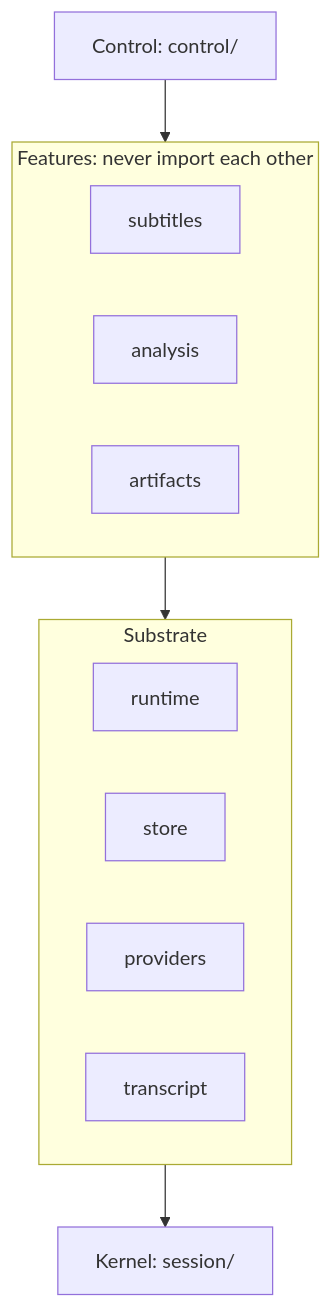
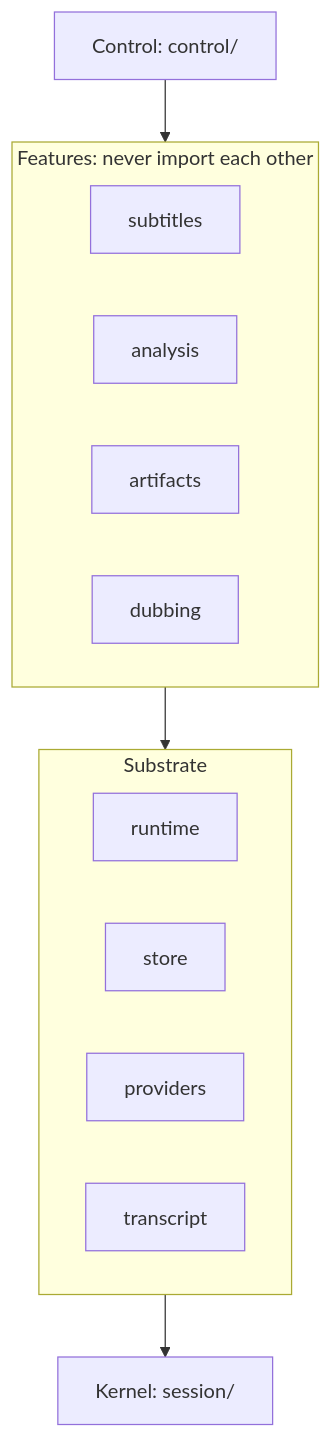
Before and after one commit to canhta/vibecut: the first of 3 diagrams in docs/engineering/structure.md, drawn with Mermaid. The commit also changed other lines of this file and 41 other files, not shown here.

````diff
--- a/docs/engineering/structure.md
+++ b/docs/engineering/structure.md
@@ -33,12 +33,12 @@
 ```mermaid
 flowchart TB
   control[Control: control/] --> features
   subgraph features[Features: never import each other]
-    subtitles; analysis; artifacts
+    subtitles; analysis; artifacts; dubbing
   end
   features --> substrate
   subgraph substrate[Substrate]
     runtime; store; providers; transcript
   end
   substrate --> kernel[Kernel: session/]
 ```
````
